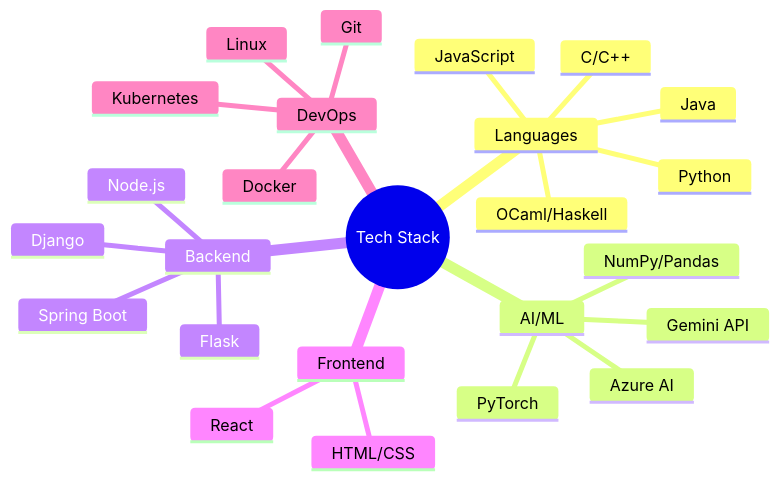
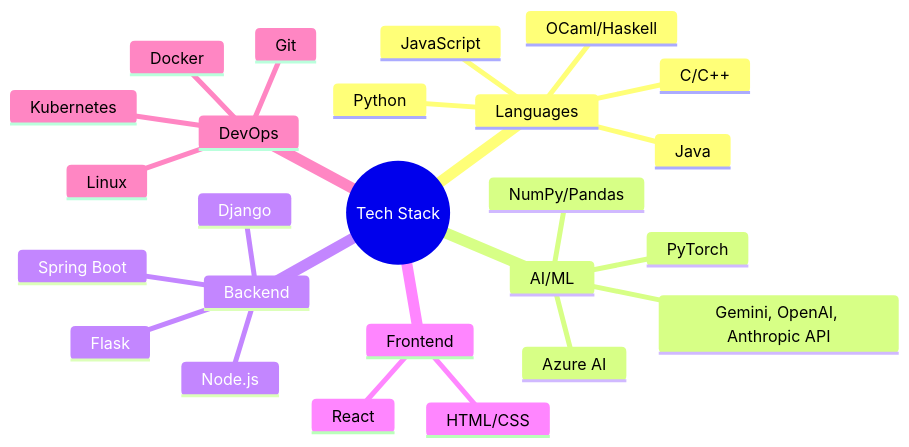
Before and after one commit to jamie-clements/jamie-clements: the diagram in README.md, drawn with Mermaid.

````diff
--- a/README.md
+++ b/README.md
@@ -21,28 +21,28 @@
 ```mermaid
 mindmap
   root((Tech Stack))
     Languages
       Python
       C/C++
       Java
       JavaScript
       OCaml/Haskell
     AI/ML
       PyTorch
       NumPy/Pandas
-      Gemini API
+      Gemini, OpenAI, Anthropic API
       Azure AI
     Backend
       Django
       Flask
       Spring Boot
       Node.js
     Frontend
       React
       HTML/CSS
     DevOps
       Docker
       Kubernetes
       Git
       Linux
 ```
````
